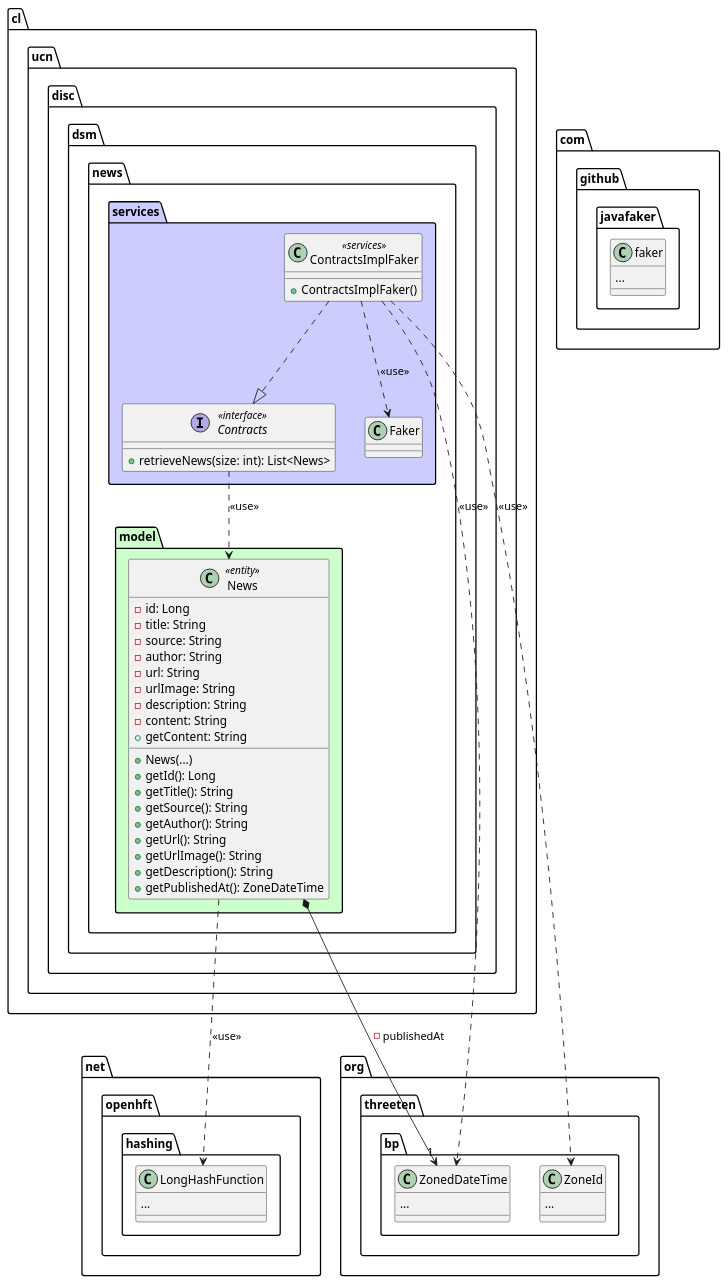
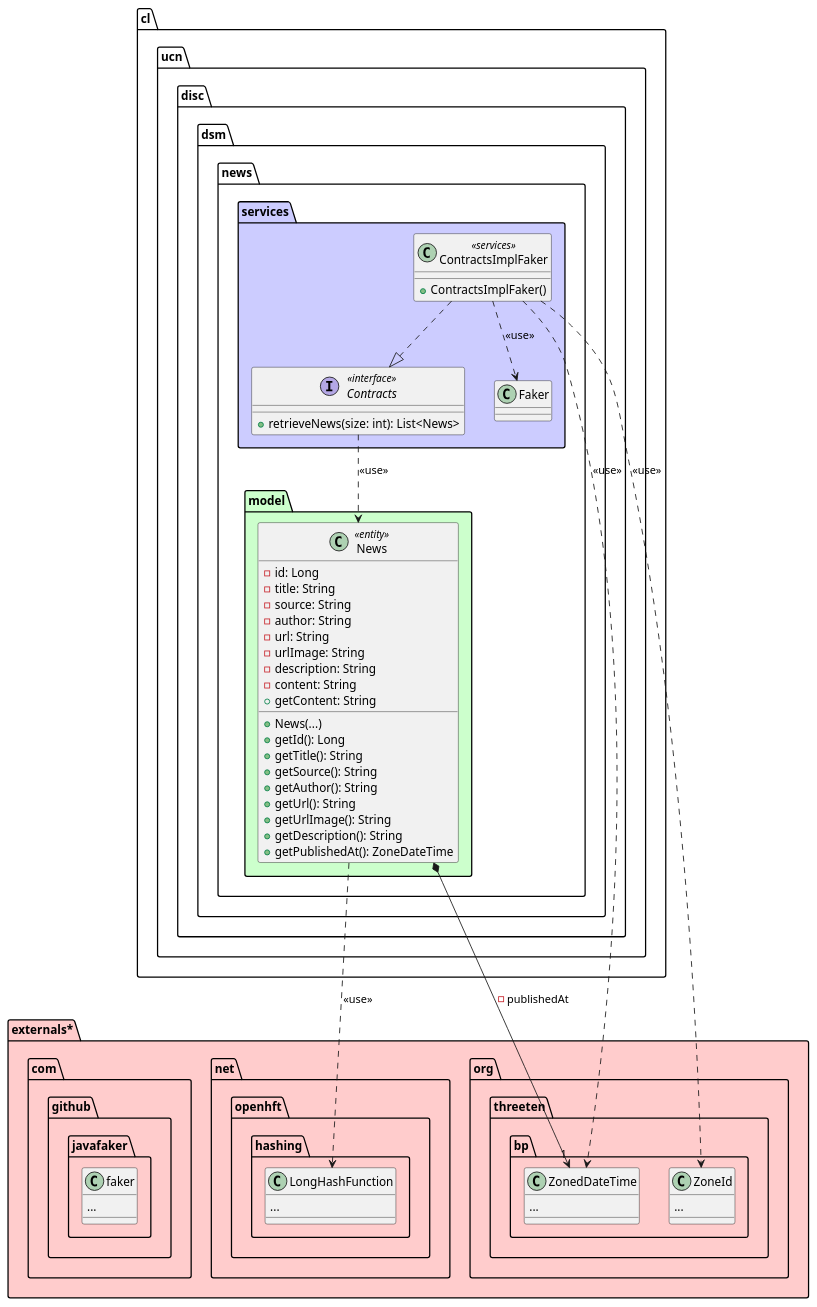
One commit to Jossepp97/TheNews changed the diagram in README.md. Above: the diagram before and after it, drawn with PlantUML. The commit also changed 5 other files, not shown here.

````diff
--- a/README.md
+++ b/README.md
@@ -6,71 +7,70 @@
 ```puml
 @startuml
-package org.threeten.bp{
-	class ZonedDateTime {
-			...
-	}
-	class ZoneId{
-			...
-	}
+package externals* #ffcccc{
+    package org.threeten.bp{
+        class ZonedDateTime {
+                ...
+        }
+        class ZoneId{
+                ...
+        }
+    }
+    package net.openhft.hashing {
+        class LongHashFunction{
+                ...
+        }
+    }
+    package com.github.javafaker {
+        class faker{
+                ...
+        }
+    }
 }
-package net.openhft.hashing {
-	class LongHashFunction{
-			...
-	}
-}
-package com.github.javafaker {
-	class faker{
-			...
-	}
-}
-
-	
-
 
 package cl.ucn.disc.dsm.news {
 
     package model #ccffcc {
 
 		class News <<entity>> {
 			- id: Long
 			- title: String
 			- source: String
 			- author: String
 			- url: String
 			- urlImage: String
 			- description: String
 			- content: String
 			+ News(...)
 			+ getId(): Long
 			+ getTitle(): String
 			+ getSource(): String
 			+ getAuthor(): String
 			+ getUrl(): String
 			+ getUrlImage(): String
 			+ getDescription(): String
 			+ getContent: String
 			+ getPublishedAt(): ZoneDateTime
 		}
 		News *--> "1" ZonedDateTime : - publishedAt
 		News ..> LongHashFunction : <<use>>
 	}
 	
 	package services #ccccff {
 		interface Contracts <<interface>>{
 			+ retrieveNews(size: int): List<News>
 		}
 		Contracts ..> News: <<use>>
 
 		class ContractsImplFaker <<services>> {
 		    + ContractsImplFaker()
 		}
 		ContractsImplFaker..|> Contracts
 		ContractsImplFaker..> ZonedDateTime: <<use>>
 		ContractsImplFaker..> ZoneId: <<use>>
 		ContractsImplFaker..> Faker: <<use>>
 		}
 	
 }
 
 @enduml
 ```
````
